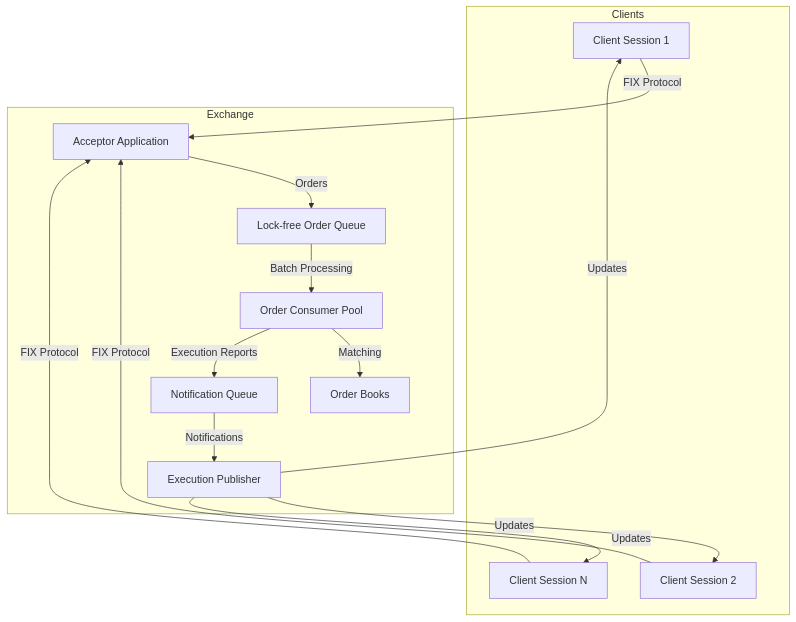
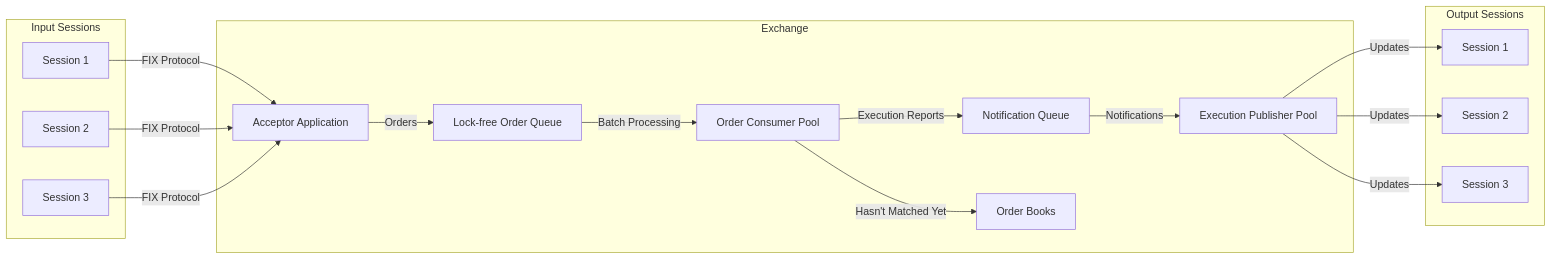
Before and after one commit to MuratKaracaa/exchange_poc: the diagram in README.md, drawn with Mermaid.

Commit message:
chore: update diagram

````diff
--- a/README.md
+++ b/README.md
@@ -9,25 +9,31 @@
 ```mermaid
-flowchart TD
-    subgraph Clients
-        C1[Client Session 1]
-        C2[Client Session 2]
-        C3[Client Session N]
+flowchart LR
+    subgraph Input Sessions
+        S1[Session 1]
+        S2[Session 2]
+        S3[Session 3]
     end
 
     subgraph Exchange
         A[Acceptor Application]
         Q1[Lock-free Order Queue]
         P[Order Consumer Pool]
         Q2[Notification Queue]
-        E[Execution Publisher]
+        E[Execution Publisher Pool]
         B[Order Books]
     end
 
-    C1 & C2 & C3 -->|FIX Protocol| A
+    subgraph Output Sessions
+        R1[Session 1]
+        R2[Session 2]
+        R3[Session 3]
+    end
+
+    S1 & S2 & S3 -->|FIX Protocol| A
     A -->|Orders| Q1
     Q1 -->|Batch Processing| P
-    P -->|Matching| B
+    P -->|Hasn't Matched Yet| B
     P -->|Execution Reports| Q2
     Q2 -->|Notifications| E
-    E -->|Updates| C1 & C2 & C3
+    E -->|Updates| R1 & R2 & R3
 ```
````
